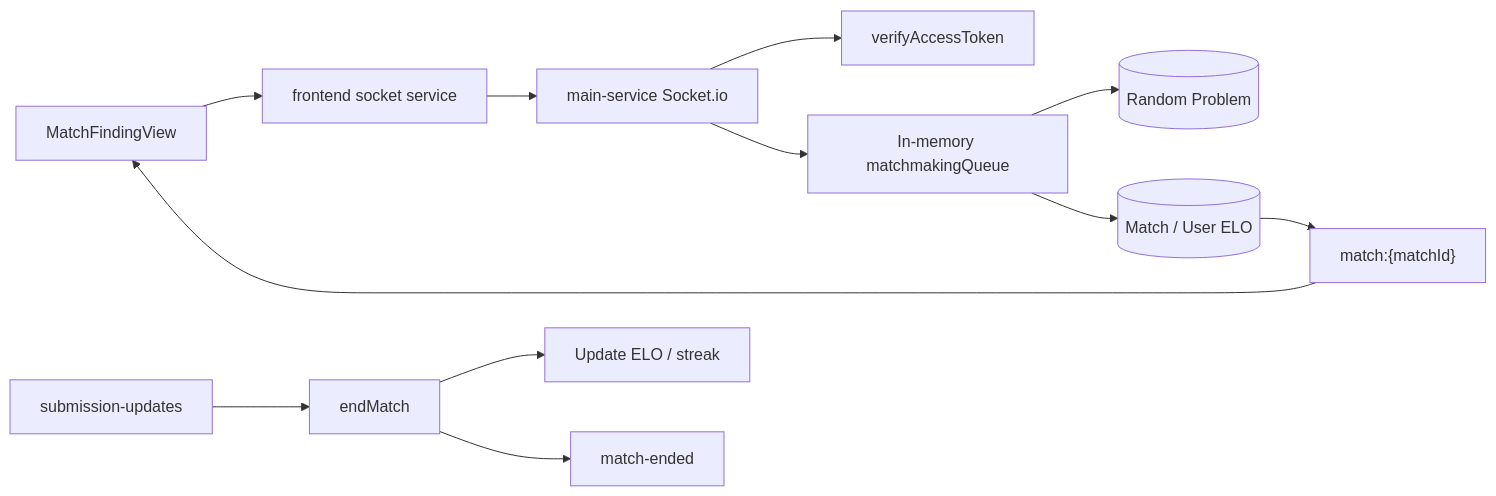
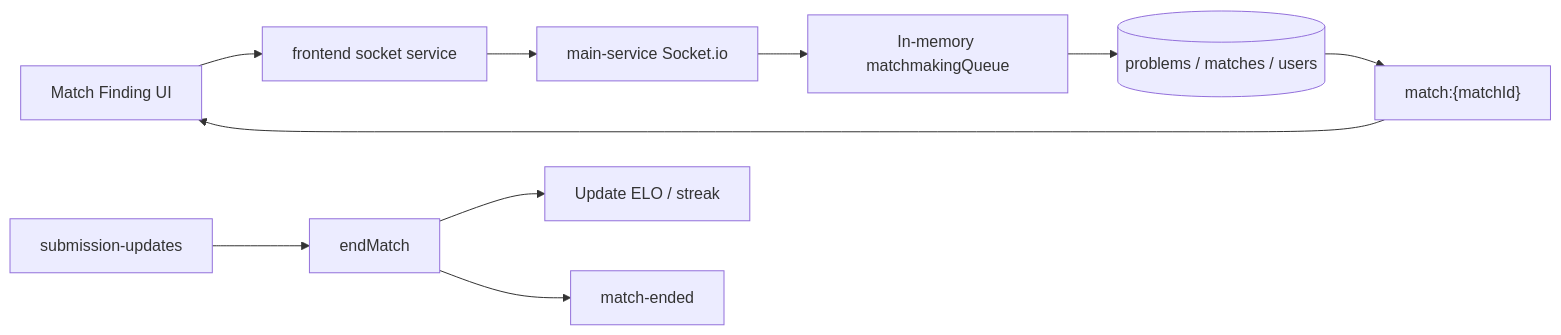
One commit to JamesHarrision/fessior-oj-backend changed the fourth of 8 diagrams in docs/feature-flows.md. Above: the diagram before and after it, drawn with Mermaid. The commit also changed other lines of this file and 15 other files, not shown here.

Commit message:
docs: document simplified mysql architecture

````diff
--- a/docs/feature-flows.md
+++ b/docs/feature-flows.md
@@ -126,14 +83,12 @@
 ```mermaid
 flowchart LR
-  FE[MatchFindingView] --> SocketClient[frontend socket service]
+  FE[Match Finding UI] --> SocketClient[frontend socket service]
   SocketClient --> SocketServer[main-service Socket.io]
-  SocketServer --> Auth[verifyAccessToken]
   SocketServer --> Queue[In-memory matchmakingQueue]
-  Queue --> Mongo[(Random Problem)]
-  Queue --> MySQL[(Match / User ELO)]
+  Queue --> MySQL[(problems / matches / users)]
   MySQL --> Room["match:{matchId}"]
   Room --> FE
   JudgeUpdate[submission-updates] --> EndMatch[endMatch]
   EndMatch --> Elo[Update ELO / streak]
   EndMatch --> Emit[match-ended]
 ```
````
